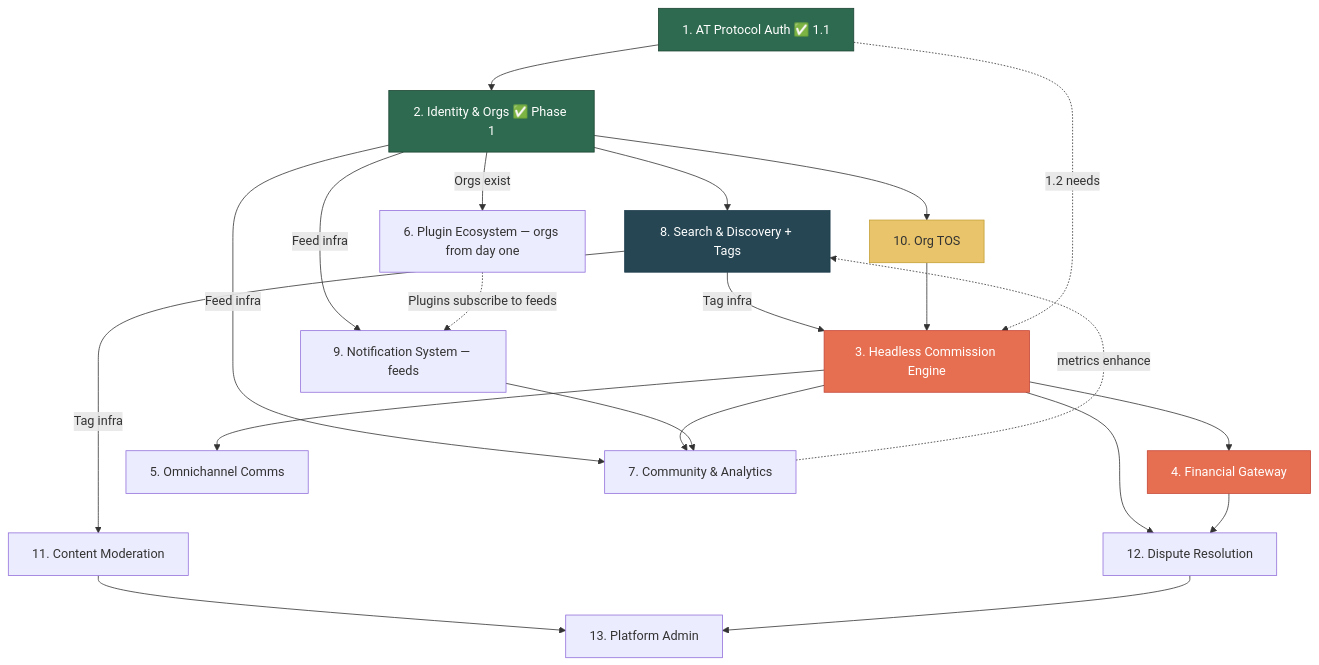
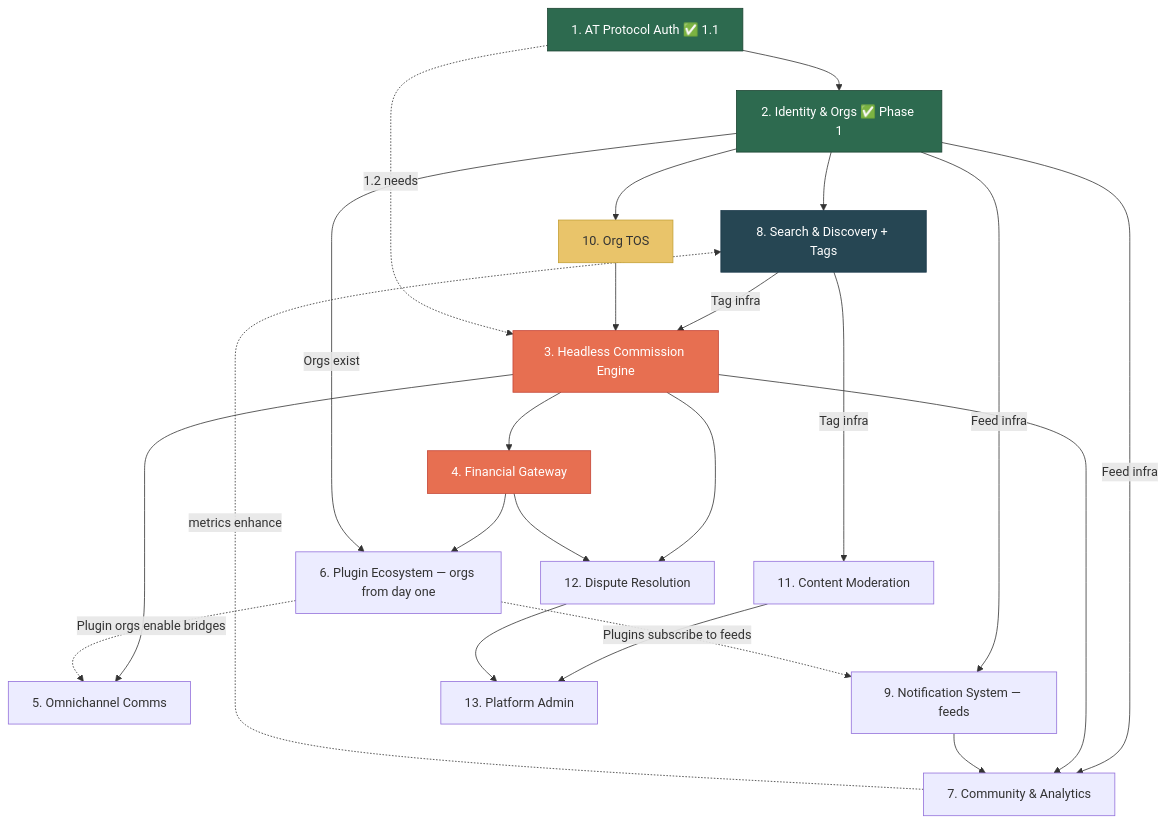
Before and after one commit to ProgrammingCheetah/ZurFur: the diagram in design/features/OVERVIEW.md, drawn with Mermaid. The commit also changed 7 other files, not shown here.

````diff
--- a/design/features/OVERVIEW.md
+++ b/design/features/OVERVIEW.md
@@ -39,61 +39,63 @@
 ```mermaid
 graph TD
     F1[1. AT Protocol Auth ✅ 1.1]
     F2[2. Identity & Orgs ✅ Phase 1]
     F3[3. Headless Commission Engine]
     F4[4. Financial Gateway]
     F5[5. Omnichannel Comms]
     F6[6. Plugin Ecosystem — orgs from day one]
     F7[7. Community & Analytics]
     F8[8. Search & Discovery + Tags]
     F9[9. Notification System — feeds]
     F10[10. Org TOS]
     F11[11. Content Moderation]
     F12[12. Dispute Resolution]
     F13[13. Platform Admin]
 
     %% Foundation
     F1 --> F2
     F2 --> F8
     F2 --> F10
 
     %% Tags + Feeds are foundational
     F8 -->|Tag infra| F3
     F8 -->|Tag infra| F11
 
     %% Feed system is cross-cutting
     F2 -->|Feed infra| F9
     F2 -->|Feed infra| F7
 
     %% Commission critical path
     F10 --> F3
     F3 --> F4
     F3 --> F5
     F3 --> F7
     F3 --> F12
 
-    %% Financial enables disputes
+    %% Financial enables disputes + plugin marketplace
     F4 --> F12
+    F4 --> F6
 
     %% Notifications
     F9 --> F7
 
     %% Moderation + Admin
     F11 --> F13
     F12 --> F13
 
     %% Plugin orgs are just orgs
     F2 -->|Orgs exist| F6
     F6 -.->|Plugins subscribe to feeds| F9
+    F6 -.->|Plugin orgs enable bridges| F5
 
     %% Soft dependencies
     F1 -.->|1.2 needs| F3
     F7 -.->|metrics enhance| F8
 
     style F1 fill:#2d6a4f,stroke:#1b4332,color:#fff
     style F2 fill:#2d6a4f,stroke:#1b4332,color:#fff
     style F8 fill:#264653,stroke:#1b3a4b,color:#fff
     style F3 fill:#e76f51,stroke:#c44536,color:#fff
     style F4 fill:#e76f51,stroke:#c44536,color:#fff
     style F10 fill:#e9c46a,stroke:#c4a035,color:#333
 ```
````
